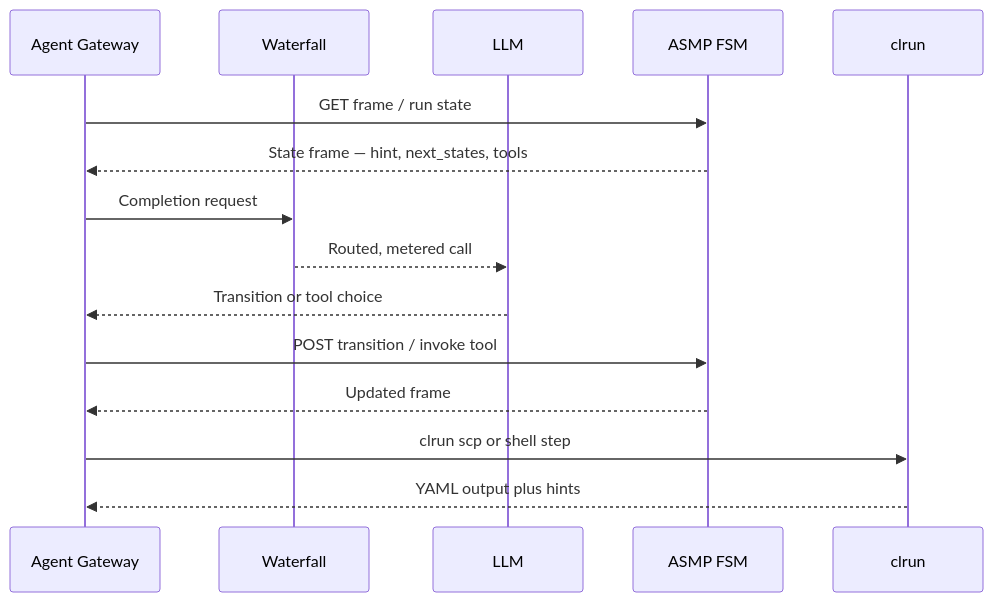
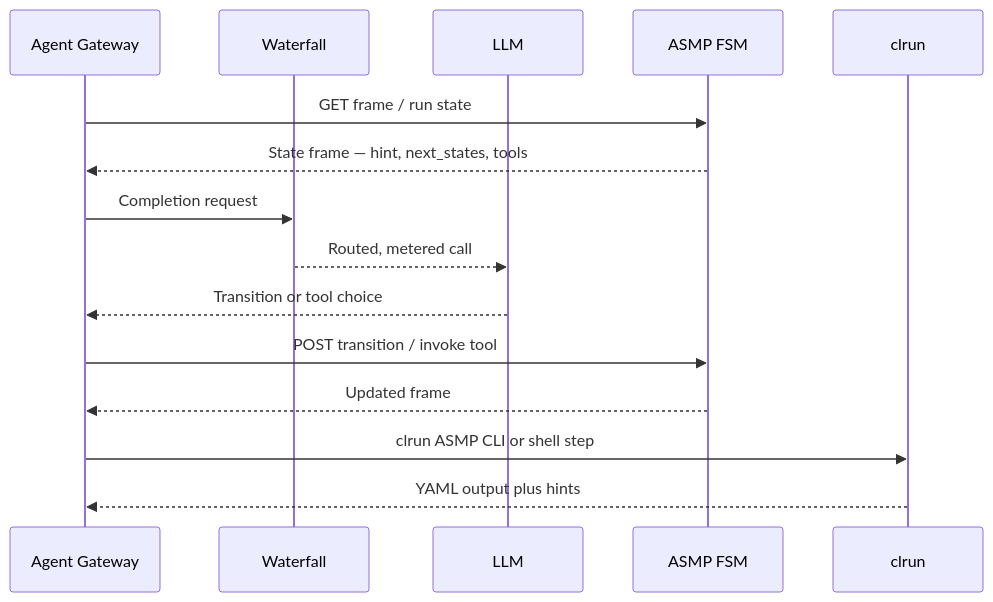
Before and after one commit to danielaejean2211-boop/haath: the third of 4 diagrams in README.md, drawn with Mermaid. The commit also changed other lines of this file and 43 other files, not shown here.

````diff
--- a/README.md
+++ b/README.md
@@ -81,18 +81,18 @@
 ```mermaid
 sequenceDiagram
   participant G as Agent Gateway
   participant W as Waterfall
   participant L as LLM
   participant A as ASMP FSM
   participant C as clrun
 
   G->>A: GET frame / run state
   A-->>G: State frame — hint, next_states, tools
   G->>W: Completion request
   W-->>L: Routed, metered call
   L-->>G: Transition or tool choice
   G->>A: POST transition / invoke tool
   A-->>G: Updated frame
-  G->>C: clrun scp or shell step
+  G->>C: clrun ASMP CLI or shell step
   C-->>G: YAML output plus hints
 ```
````
